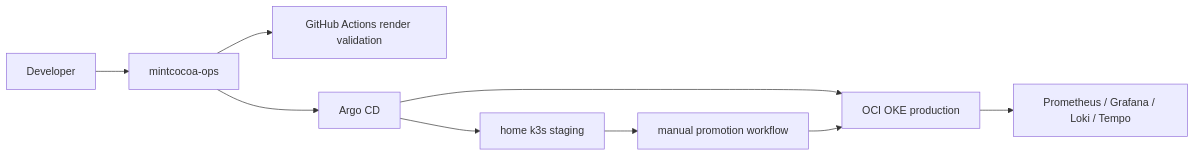
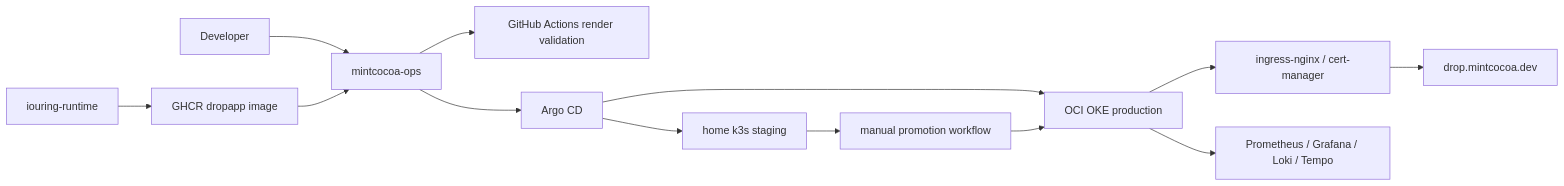
Before and after one commit to mint-cocoa/portfolio: the diagram in docs/devops/OciOkeGitOpsPortfolio.qmd, drawn with Mermaid. The commit also changed other lines of this file and 1 other file, not shown here.

Commit message:
Document dropapp OKE production rollout

````diff
--- a/docs/devops/OciOkeGitOpsPortfolio.qmd
+++ b/docs/devops/OciOkeGitOpsPortfolio.qmd
@@ -56,11 +56,15 @@
 ```{mermaid}
 flowchart LR
     Dev[Developer] --> Repo[mintcocoa-ops]
     Repo --> Validate[GitHub Actions render validation]
     Repo --> Argo[Argo CD]
     Argo --> Home[home k3s staging]
     Argo --> OKE[OCI OKE production]
+    Runtime[iouring-runtime] --> GHCR[GHCR dropapp image]
+    GHCR --> Repo
     Home --> Promote[manual promotion workflow]
     Promote --> OKE
+    OKE --> Ingress[ingress-nginx / cert-manager]
+    Ingress --> Public[drop.mintcocoa.dev]
     OKE --> Obs[Prometheus / Grafana / Loki / Tempo]
 ```
````
